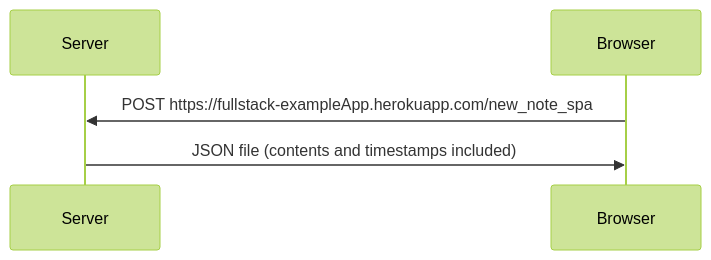
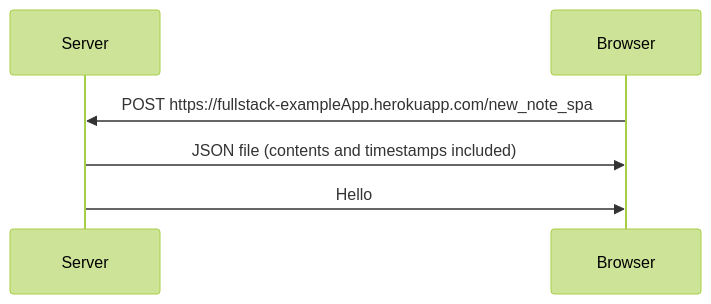
One commit to modaralgayal/FullStack-Development changed the diagram in Week 0/exc-0.5.md. Above: the diagram before and after it, drawn with Mermaid (forest theme).

````diff
--- a/Week 0/exc-0.5.md
+++ b/Week 0/exc-0.5.md
@@ -1,10 +1,12 @@
 ```mermaid
 
 sequenceDiagram
     participant Server
     participant Browser
 
     Browser->>Server: POST https://fullstack-exampleApp.herokuapp.com/new_note_spa
     Server->>Browser: JSON file (contents and timestamps included)
 
+    Server->>Browser: Hello
+
 ```
````
